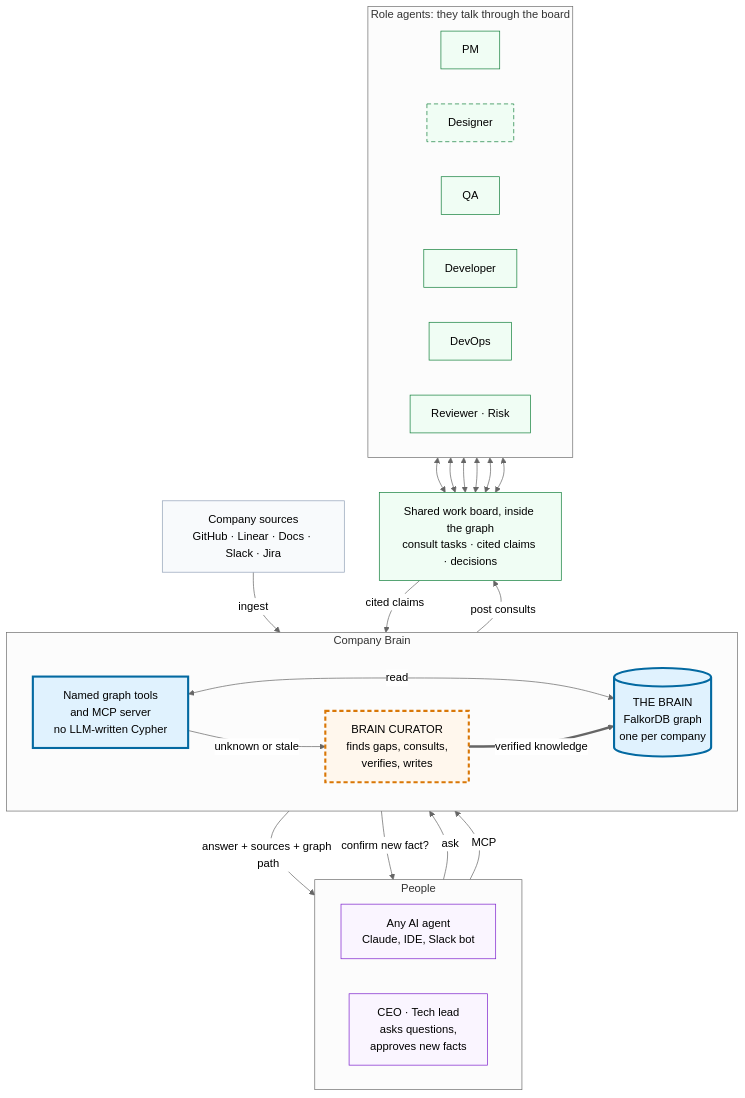
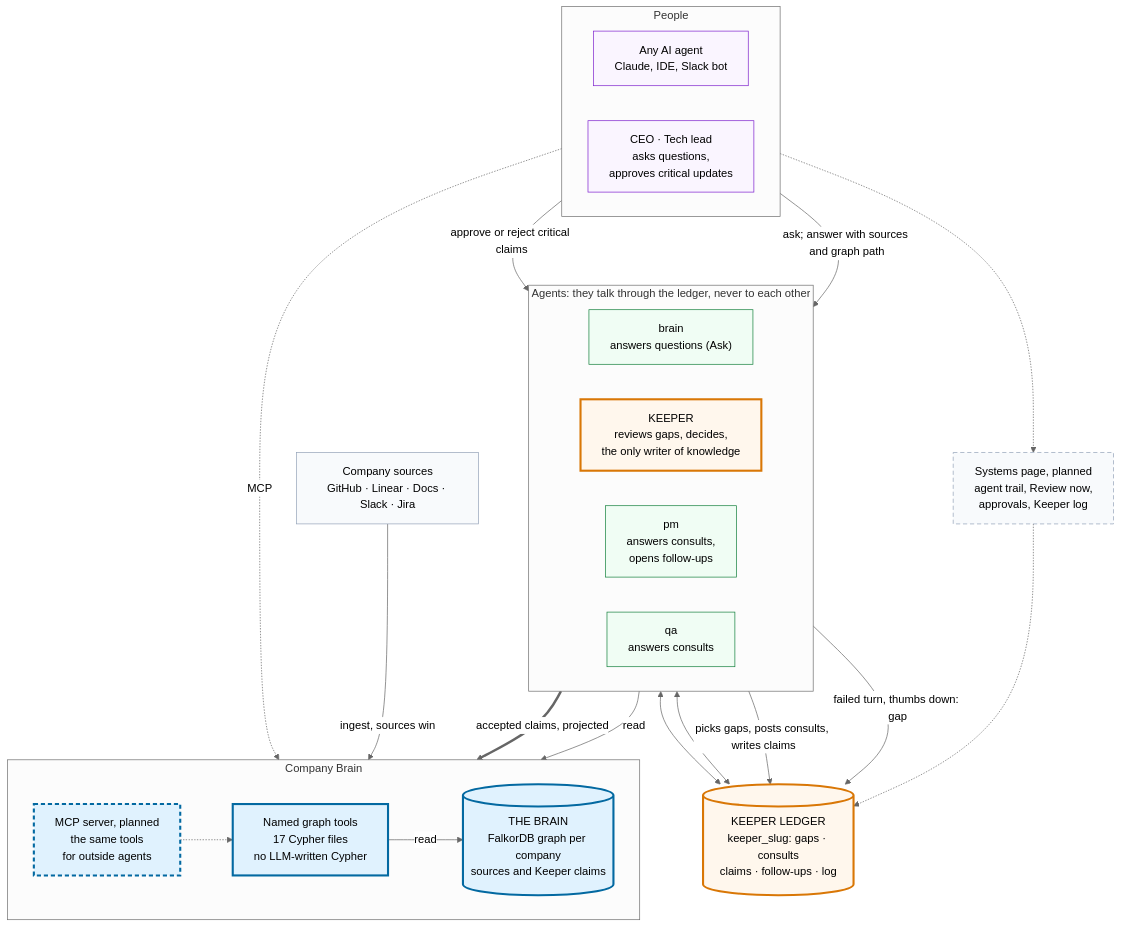
The diagram in docs/architecture/overview.mmd (himanshu634/citadel), drawn with Mermaid (neutral theme) before and after one commit. The commit also changed 18 other files, not shown here.

Commit message:
Docs: the Keeper replaces the Brain Curator

```diff
--- a/docs/architecture/overview.mmd
+++ b/docs/architecture/overview.mmd
@@ -1,57 +1,54 @@
 graph TB
   subgraph PEOPLE["People"]
     direction LR
     EXT["Any AI agent<br/>Claude, IDE, Slack bot"]
-    LEAD["CEO · Tech lead<br/>asks questions,<br/>approves new facts"]
+    LEAD["CEO · Tech lead<br/>asks questions,<br/>approves critical updates"]
   end
 
   SRC["Company sources<br/>GitHub · Linear · Docs · Slack · Jira"]
+  UI["Systems page, planned<br/>agent trail, Review now,<br/>approvals, Keeper log"]
 
   subgraph CORE["Company Brain"]
     direction LR
-    TOOLS["Named graph tools<br/>and MCP server<br/>no LLM-written Cypher"]
-    BRAIN[("THE BRAIN<br/>FalkorDB graph<br/>one per company")]
-    CUR["BRAIN CURATOR<br/>finds gaps, consults,<br/>verifies, writes"]
+    MCP["MCP server, planned<br/>the same tools<br/>for outside agents"]
+    TOOLS["Named graph tools<br/>17 Cypher files<br/>no LLM-written Cypher"]
+    BRAIN[("THE BRAIN<br/>FalkorDB graph per company<br/>sources and Keeper claims")]
   end
 
-  BOARD["Shared work board, inside the graph<br/>consult tasks · cited claims · decisions"]
-
-  subgraph TEAM["Role agents: they talk through the board"]
+  subgraph AGENTS["Agents: they talk through the ledger, never to each other"]
     direction LR
-    PM["PM"]
-    DES["Designer"]
-    QA["QA"]
-    DEV["Developer"]
-    OPS["DevOps"]
-    REV["Reviewer · Risk"]
+    ASK["brain<br/>answers questions (Ask)"]
+    KEEP["KEEPER<br/>reviews gaps, decides,<br/>the only writer of knowledge"]
+    PM["pm<br/>answers consults,<br/>opens follow-ups"]
+    QA["qa<br/>answers consults"]
   end
 
-  LEAD -->|"ask"| TOOLS
-  TOOLS -->|"answer + sources + graph path"| LEAD
-  EXT -->|"MCP"| TOOLS
-  SRC -->|"ingest"| BRAIN
-  TOOLS <-->|"read"| BRAIN
-  TOOLS -->|"unknown or stale"| CUR
-  CUR -->|"confirm new fact?"| LEAD
-  CUR -->|"post consults"| BOARD
-  BOARD -->|"cited claims"| CUR
-  CUR ==>|"verified knowledge"| BRAIN
-  PM <--> BOARD
-  DES <--> BOARD
-  QA <--> BOARD
-  DEV <--> BOARD
-  OPS <--> BOARD
-  REV <--> BOARD
+  LEDGER[("KEEPER LEDGER<br/>keeper_slug: gaps · consults<br/>claims · follow-ups · log")]
+
+  LEAD -->|"ask; answer with sources and graph path"| ASK
+  LEAD -->|"approve or reject critical claims"| KEEP
+  LEAD -.-> UI
+  UI -.-> LEDGER
+  EXT -.->|"MCP"| MCP
+  ASK -->|"read"| TOOLS
+  MCP -.-> TOOLS
+  TOOLS -->|"read"| BRAIN
+  ASK -->|"failed turn, thumbs down: gap"| LEDGER
+  KEEP -->|"picks gaps, posts consults, writes claims"| LEDGER
+  PM <--> LEDGER
+  QA <--> LEDGER
+  KEEP ==>|"accepted claims, projected"| BRAIN
+  SRC -->|"ingest, sources win"| BRAIN
 
   classDef brain fill:#e0f2fe,stroke:#0369a1,stroke-width:3px
-  classDef curator fill:#fff7ed,stroke:#d97706,stroke-width:3px
+  classDef keeper fill:#fff7ed,stroke:#d97706,stroke-width:3px
   classDef agent fill:#f0fdf4,stroke:#15803d,stroke-width:1px
   classDef person fill:#faf5ff,stroke:#7e22ce,stroke-width:1px
   classDef source fill:#f8fafc,stroke:#94a3b8
   classDef planned stroke-dasharray: 6 4
-  class BRAIN,TOOLS brain
-  class CUR curator
-  class PM,DES,QA,DEV,OPS,REV,BOARD agent
+  class BRAIN,TOOLS,MCP brain
+  class KEEP,LEDGER keeper
+  class ASK,PM,QA agent
   class LEAD,EXT person
-  class SRC source
-  class CUR,DES planned
+  class SRC,UI source
+  class MCP,UI planned
```
